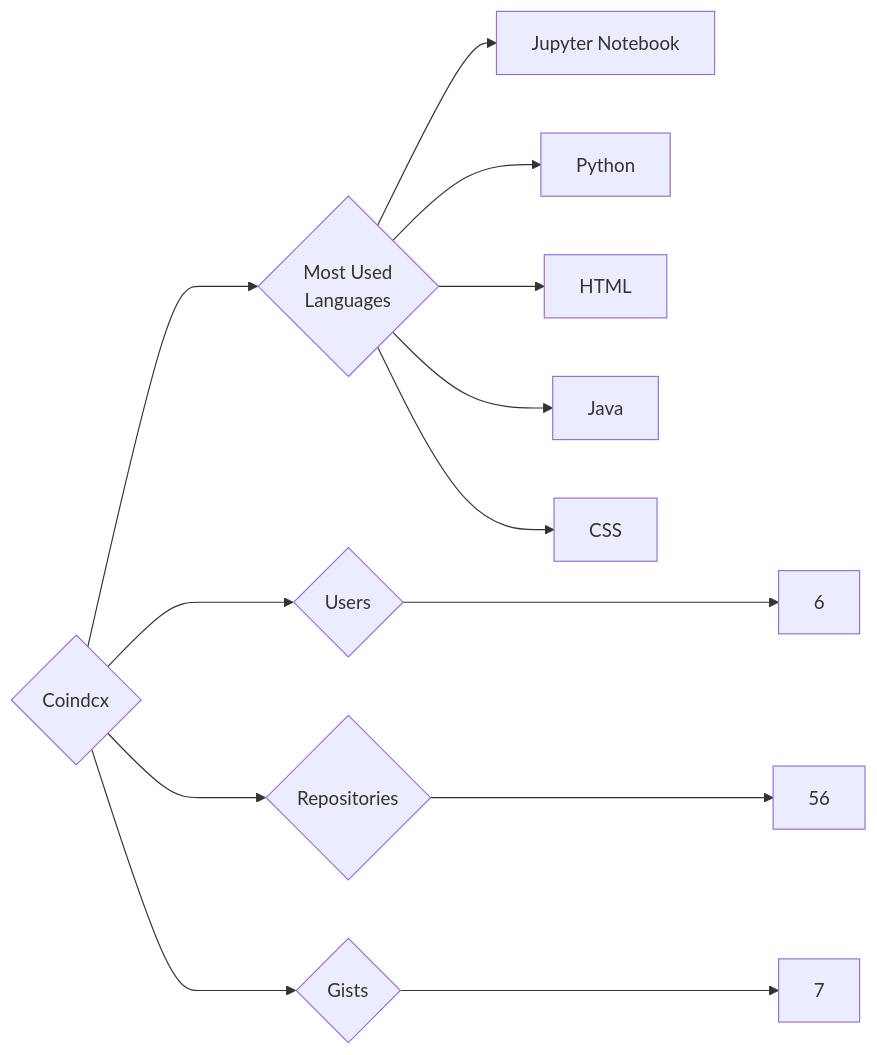
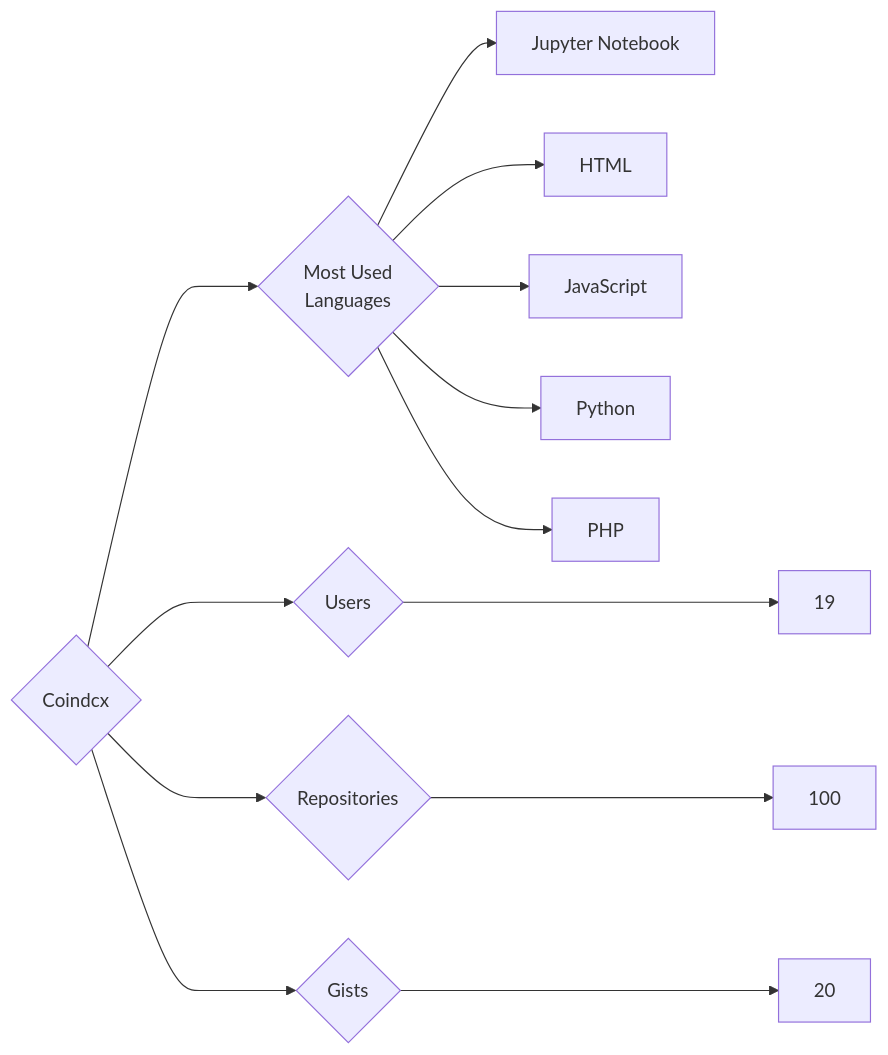
The diagram in targets/Coindcx/README.md (trickest/insiders), drawn with Mermaid before and after one commit. The commit also changed 681 other files, not shown here.

````diff
--- a/targets/Coindcx/README.md
+++ b/targets/Coindcx/README.md
@@ -3,13 +3,13 @@
 ```mermaid
 graph LR
 COMPANY_NAME{Coindcx}
-COMPANY_NAME ---> U{Users} ---> UN[6]
-COMPANY_NAME ---> R{Repositories} ---> RN[56]
-COMPANY_NAME ---> G{Gists} ---> GN[7]
+COMPANY_NAME ---> U{Users} ---> UN[19]
+COMPANY_NAME ---> R{Repositories} ---> RN[100]
+COMPANY_NAME ---> G{Gists} ---> GN[20]
 COMPANY_NAME ---> ML{Most Used<br>Languages}
 ML --> Jupyter_Notebook[Jupyter Notebook]
+ML --> HTML[HTML]
+ML --> JavaScript[JavaScript]
 ML --> Python[Python]
-ML --> HTML[HTML]
-ML --> Java[Java]
-ML --> CSS[CSS]
+ML --> PHP[PHP]
 ```
````
